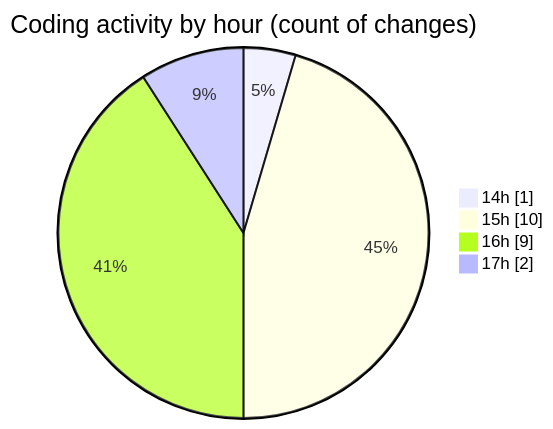
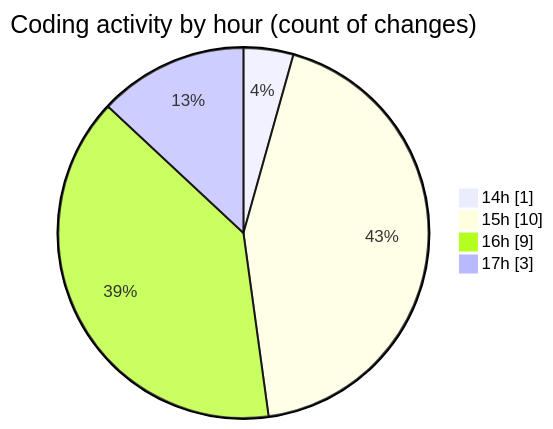
Before and after one commit to nxtqubesakshisongat/code-tracking: the second of 2 diagrams in 2025-12-05/nxtqube_webapp/README.md, drawn with Mermaid. The commit also changed other lines of this file and 1 other file, not shown here.

````diff
--- a/2025-12-05/nxtqube_webapp/README.md
+++ b/2025-12-05/nxtqube_webapp/README.md
@@ -35,8 +36,8 @@
 ```mermaid
 pie showData
 title Coding activity by hour (count of changes)
 "14h" : 1
 "15h" : 10
 "16h" : 9
-"17h" : 2
+"17h" : 3
 ```
````
